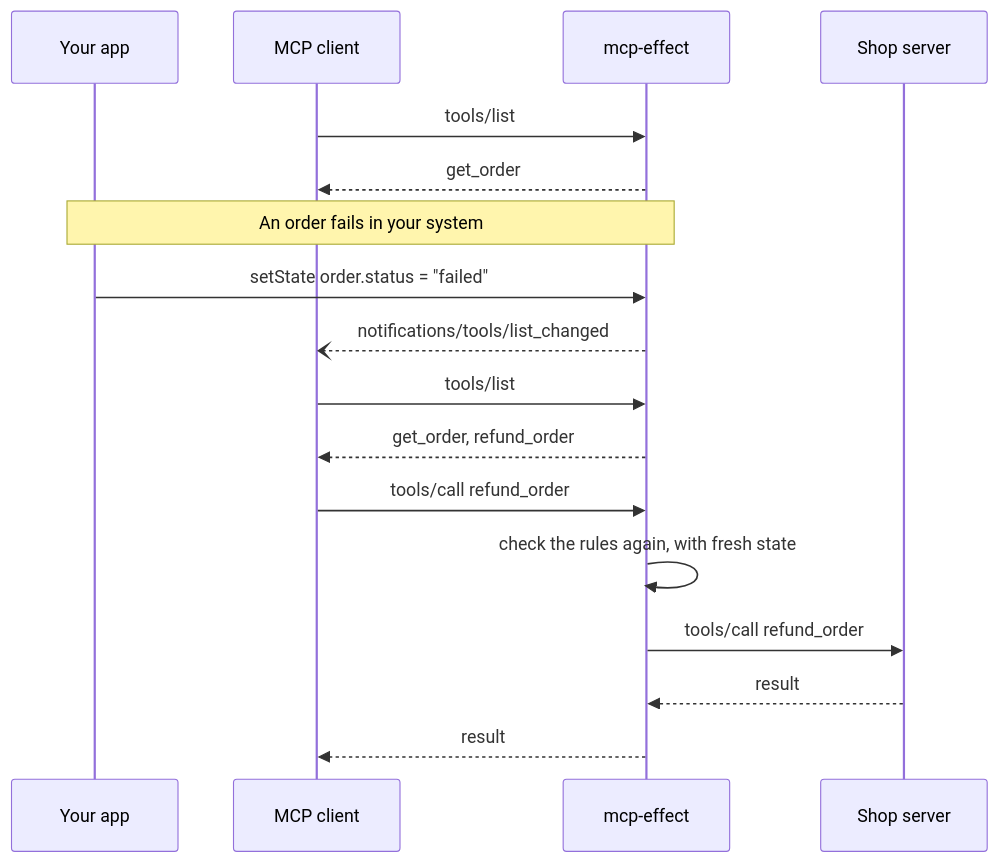
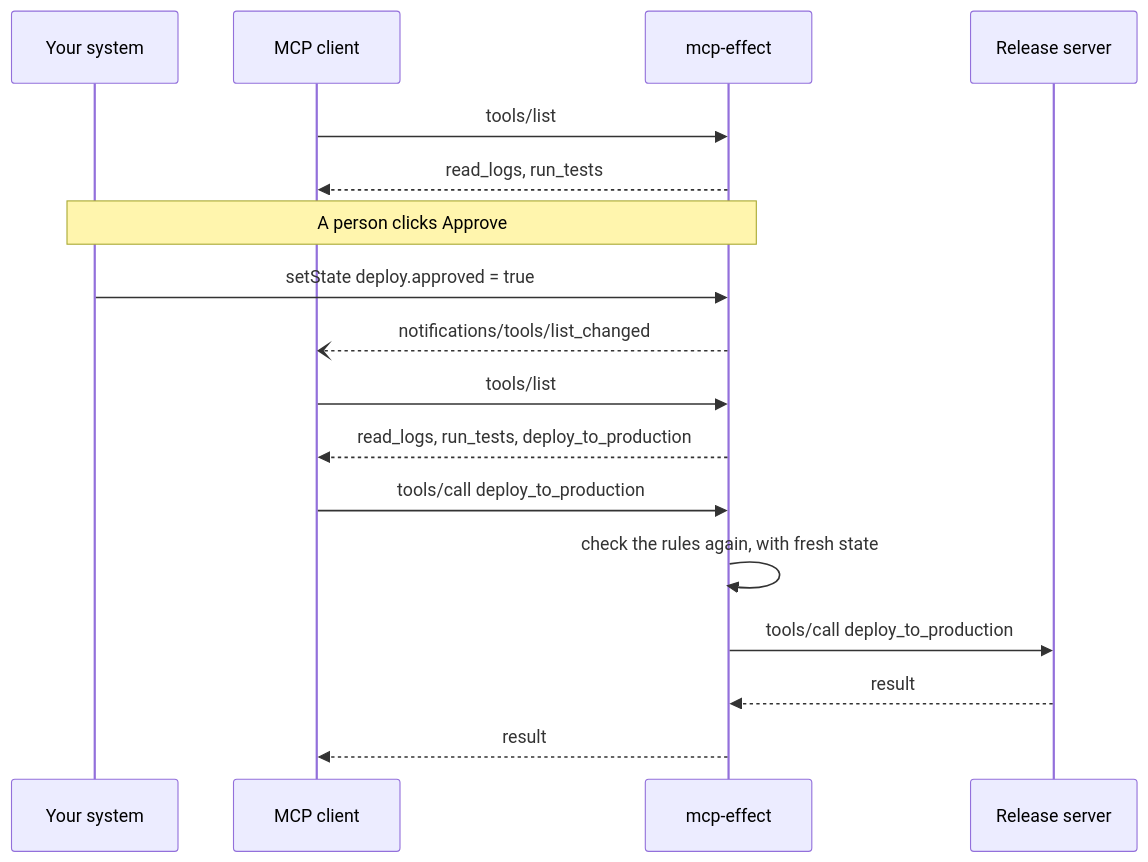
Before and after one commit to lilyanAhmetoglu/mcp-effect: the diagram in README.md, drawn with Mermaid. The commit also changed other lines of this file and 10 other files, not shown here.

````diff
--- a/README.md
+++ b/README.md
@@ -50,20 +73,20 @@
 ```mermaid
 sequenceDiagram
-    participant App as Your app
+    participant Sys as Your system
     participant C as MCP client
     participant G as mcp-effect
-    participant S as Shop server
+    participant S as Release server
 
     C->>G: tools/list
-    G-->>C: get_order
-    Note over App,G: An order fails in your system
-    App->>G: setState order.status = "failed"
+    G-->>C: read_logs, run_tests
+    Note over Sys,G: A person clicks Approve
+    Sys->>G: setState deploy.approved = true
     G--)C: notifications/tools/list_changed
     C->>G: tools/list
-    G-->>C: get_order, refund_order
-    C->>G: tools/call refund_order
+    G-->>C: read_logs, run_tests, deploy_to_production
+    C->>G: tools/call deploy_to_production
     G->>G: check the rules again, with fresh state
-    G->>S: tools/call refund_order
+    G->>S: tools/call deploy_to_production
     S-->>G: result
     G-->>C: result
 ```
````
